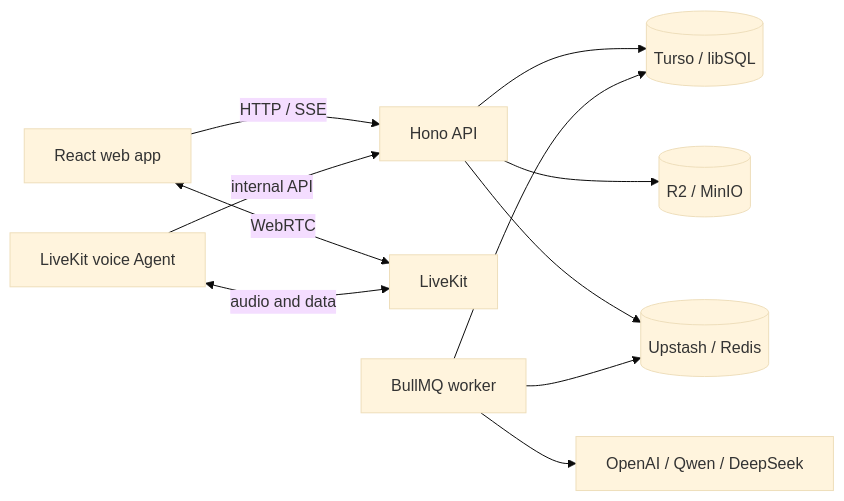
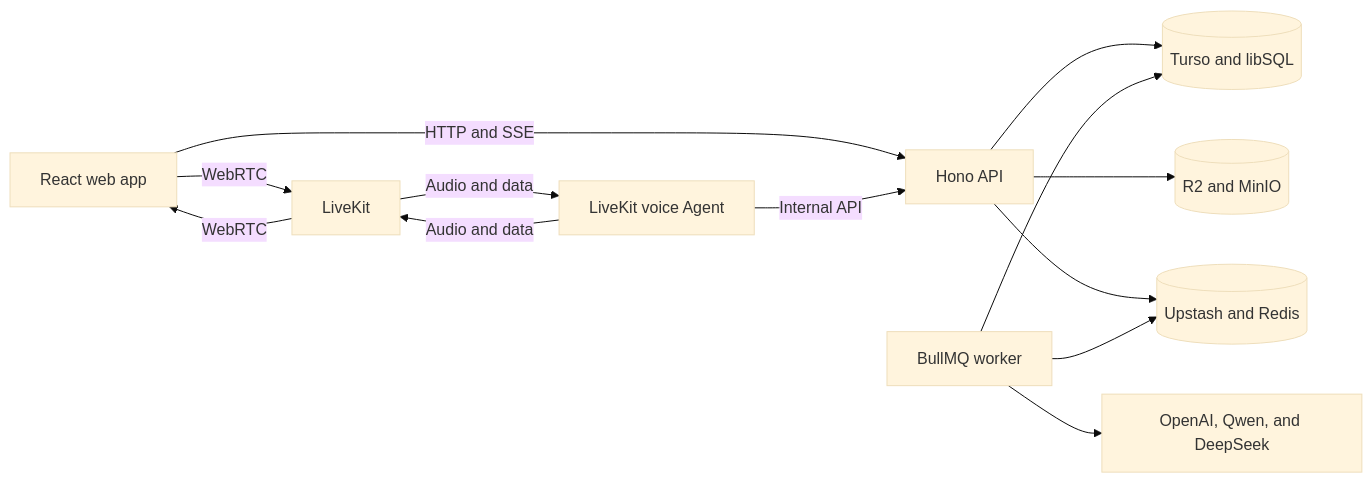
The diagram in README.md (swantrace/english-speaking-coach), drawn with Mermaid (base theme) before and after one commit.

Commit message:
fix(docs): simplify architecture diagram syntax

````diff
--- a/README.md
+++ b/README.md
@@ -42,13 +42,15 @@
 ```mermaid
-flowchart LR
-  Browser["React web app"] -->|HTTP / SSE| API["Hono API"]
-  Browser <-->|WebRTC| LK["LiveKit"]
-  Agent["LiveKit voice Agent"] <-->|audio and data| LK
-  Agent -->|internal API| API
-  API --> DB[("Turso / libSQL")]
-  API --> R2[("R2 / MinIO")]
-  API --> Queue[("Upstash / Redis")]
-  Worker["BullMQ worker"] --> Queue
-  Worker --> DB
-  Worker --> Models["OpenAI / Qwen / DeepSeek"]
+graph LR
+  Browser[React web app] -->|HTTP and SSE| API[Hono API]
+  Browser -->|WebRTC| LiveKit[LiveKit]
+  LiveKit -->|WebRTC| Browser
+  Agent[LiveKit voice Agent] -->|Audio and data| LiveKit
+  LiveKit -->|Audio and data| Agent
+  Agent -->|Internal API| API
+  API --> Database[(Turso and libSQL)]
+  API --> Storage[(R2 and MinIO)]
+  API --> Queue[(Upstash and Redis)]
+  Worker[BullMQ worker] --> Queue
+  Worker --> Database
+  Worker --> Models[OpenAI, Qwen, and DeepSeek]
 ```
````
